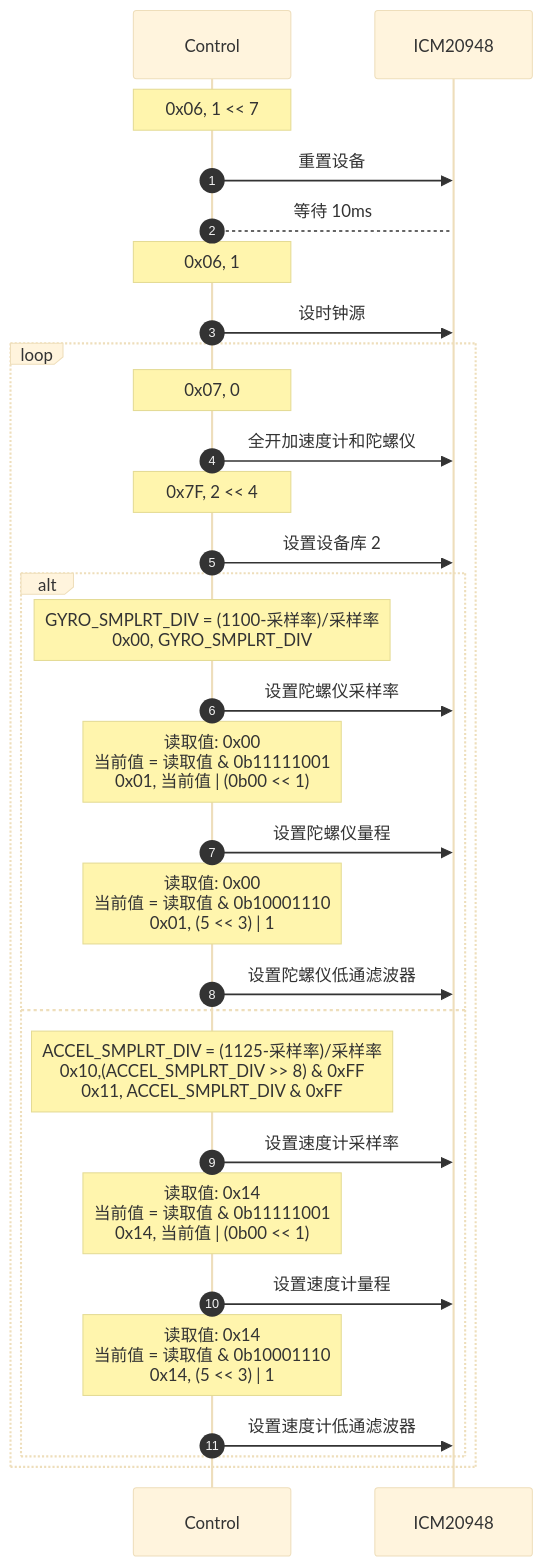
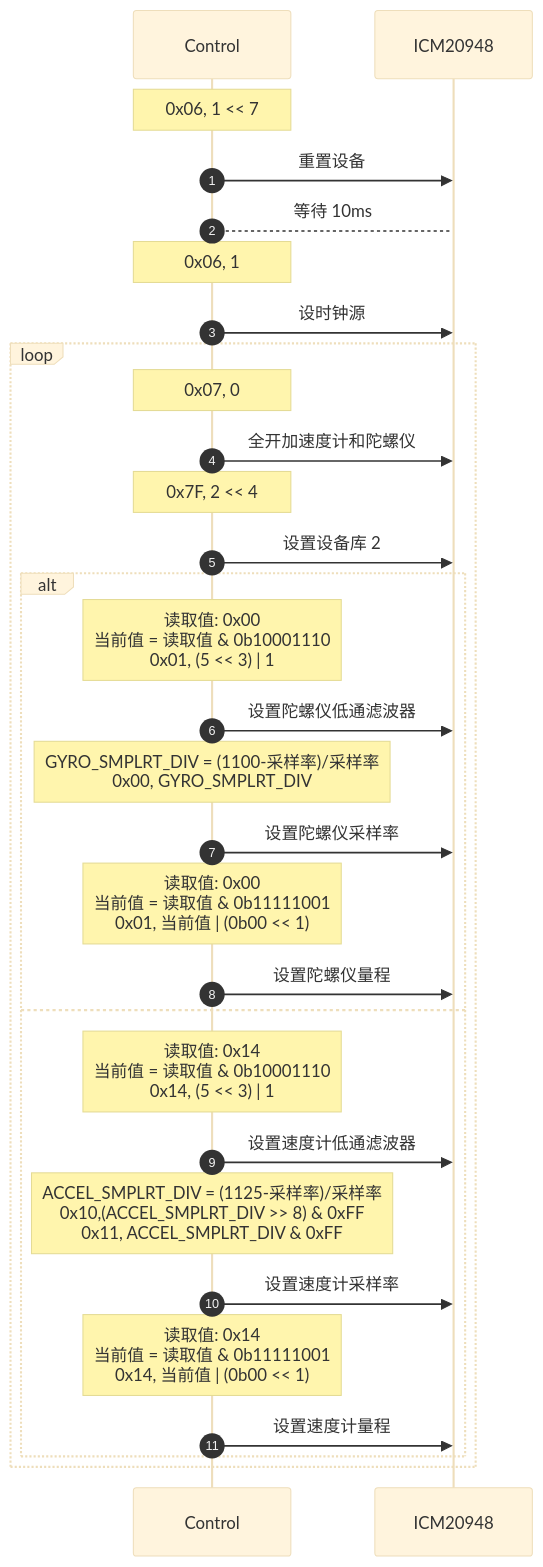
One commit to hkdickyko/hkdickyko.github.io changed the second of 5 diagrams in _posts/2025-04-06-mdchart.md. Above: the diagram before and after it, drawn with Mermaid (base theme).

```diff
--- a/_posts/2025-04-06-mdchart.md
+++ b/_posts/2025-04-06-mdchart.md
@@ -160,32 +160,32 @@
 <div class="mermaid">
 sequenceDiagram;
    autonumber;
    participant C as Control;
    participant I as ICM20948;
    note over C: 0x06, 1 << 7;
    C->>I: 重置设备;
    C-->I: 等待 10ms;
    note over C: 0x06, 1;
    C->>I: 设时钟源;
    loop;
    note over C: 0x07, 0;
    C->>I: 全开加速度计和陀螺仪;
    note over C: 0x7F, 2 << 4;
    C->>I: 设置设备库 2;
    alt;
+   note over C: 读取值: 0x00<br>当前值 = 读取值 & 0b10001110<br> 0x01, (5 << 3) | 1;
+   C->>I: 设置陀螺仪低通滤波器;
    note over C: GYRO_SMPLRT_DIV = (1100-采样率)/采样率<br>0x00, GYRO_SMPLRT_DIV;
    C->>I: 设置陀螺仪采样率;
    note over C: 读取值: 0x00<br>当前值 = 读取值 & 0b11111001<br>0x01, 当前值 | (0b00 << 1);
    C->>I: 设置陀螺仪量程;
-   note over C: 读取值: 0x00<br>当前值 = 读取值 & 0b10001110<br> 0x01, (5 << 3) | 1;
-   C->>I: 设置陀螺仪低通滤波器;
-   else;
+     else;
+   note over C: 读取值: 0x14<br>当前值 = 读取值 & 0b10001110<br> 0x14, (5 << 3) | 1;   
+   C->>I: 设置速度计低通滤波器;     
    note over C: ACCEL_SMPLRT_DIV = (1125-采样率)/采样率<br>0x10,(ACCEL_SMPLRT_DIV >> 8) & 0xFF<br>0x11, ACCEL_SMPLRT_DIV & 0xFF;   
    C->>I: 设置速度计采样率;
    note over C: 读取值: 0x14<br>当前值 = 读取值 & 0b11111001<br>0x14, 当前值 | (0b00 << 1);   
    C->>I: 设置速度计量程;
-   note over C: 读取值: 0x14<br>当前值 = 读取值 & 0b10001110<br> 0x14, (5 << 3) | 1;   
-   C->>I: 设置速度计低通滤波器;
    end
    end
 </div>
```
